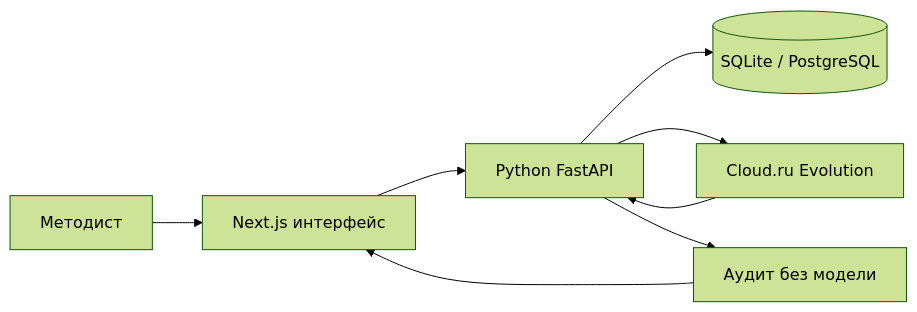
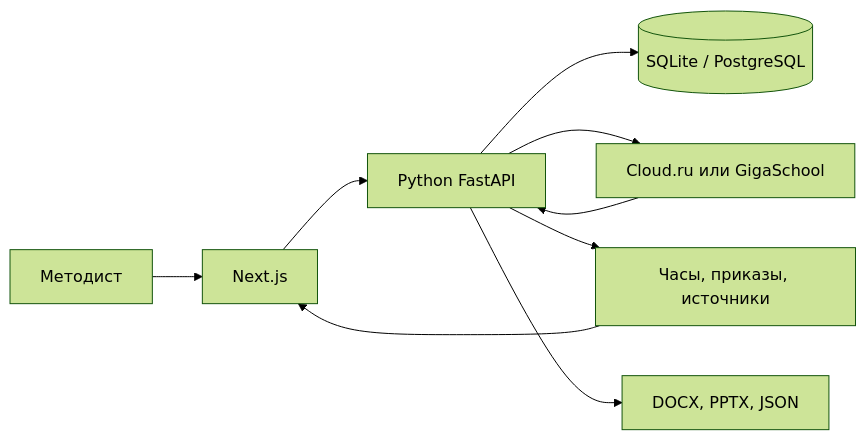
Before and after one commit to fairyofmiracle/edu_course_agent: the diagram in README.md, drawn with Mermaid (forest theme). The commit also changed other lines of this file and 40 other files, not shown here.

````diff
--- a/README.md
+++ b/README.md
@@ -177,10 +144,11 @@
 ```mermaid
 flowchart LR
-  Methodologist[Методист] --> UI[Next.js интерфейс]
+  Methodologist[Методист] --> UI[Next.js]
   UI --> Python[Python FastAPI]
   Python --> DB[(SQLite / PostgreSQL)]
-  Python --> Cloud[Cloud.ru Evolution]
+  Python --> Cloud[Cloud.ru или GigaSchool]
   Cloud --> Python
-  Python --> Rules[Аудит без модели]
+  Python --> Rules[Часы, приказы, источники]
   Rules --> UI
+  Python --> Exports[DOCX, PPTX, JSON]
 ```
````
